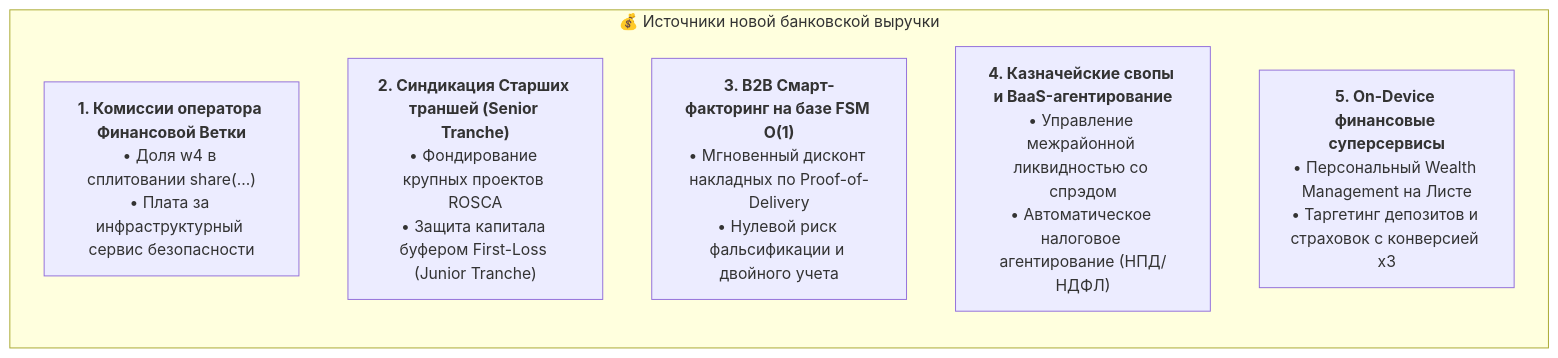
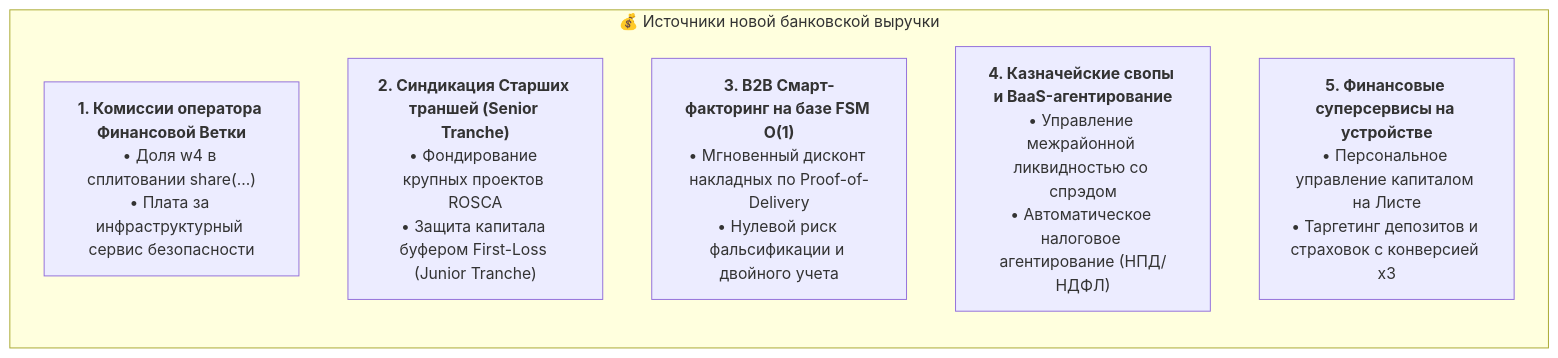
One commit to Data-Independence-Network/presentations changed diagram 13 of 17 in shared_docs/whitepapers/applications/sapoto/Sapoto_Reputation_and_Credit_System_Specification.md. Above: the diagram before and after it, drawn with Mermaid. The commit also changed other lines of this file and 10 other files, not shown here.

````diff
--- a/shared_docs/whitepapers/applications/sapoto/Sapoto_Reputation_and_Credit_System_Specification.md
+++ b/shared_docs/whitepapers/applications/sapoto/Sapoto_Reputation_and_Credit_System_Specification.md
@@ -1475,11 +1501,11 @@
 ```mermaid
 flowchart LR
     subgraph BankProfits ["💰 Источники новой банковской выручки"]
         direction TB
         P1["<b>1. Комиссии оператора Финансовой Ветки</b><br/>• Доля w4 в сплитовании share(...)<br/>• Плата за инфраструктурный сервис безопасности"]
         P2["<b>2. Синдикация Старших траншей (Senior Tranche)</b><br/>• Фондирование крупных проектов ROSCA<br/>• Защита капитала буфером First-Loss (Junior Tranche)"]
         P3["<b>3. B2B Смарт-факторинг на базе FSM O(1)</b><br/>• Мгновенный дисконт накладных по Proof-of-Delivery<br/>• Нулевой риск фальсификации и двойного учета"]
         P4["<b>4. Казначейские свопы и BaaS-агентирование</b><br/>• Управление межрайонной ликвидностью со спрэдом<br/>• Автоматическое налоговое агентирование (НПД/НДФЛ)"]
-        P5["<b>5. On-Device финансовые суперсервисы</b><br/>• Персональный Wealth Management на Листе<br/>• Таргетинг депозитов и страховок с конверсией x3"]
+        P5["<b>5. Финансовые суперсервисы на устройстве</b><br/>• Персональное управление капиталом на Листе<br/>• Таргетинг депозитов и страховок с конверсией x3"]
     end
 ```
````
